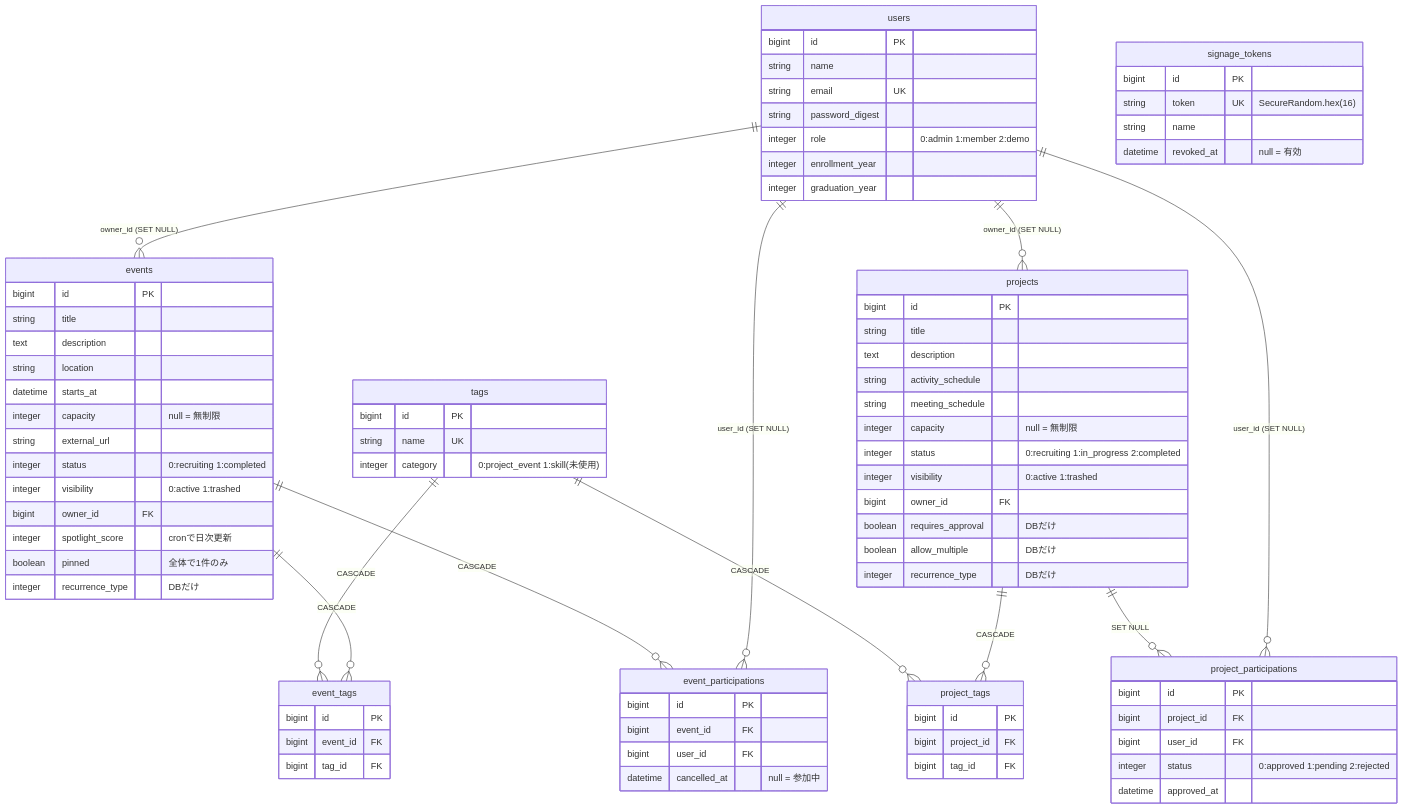
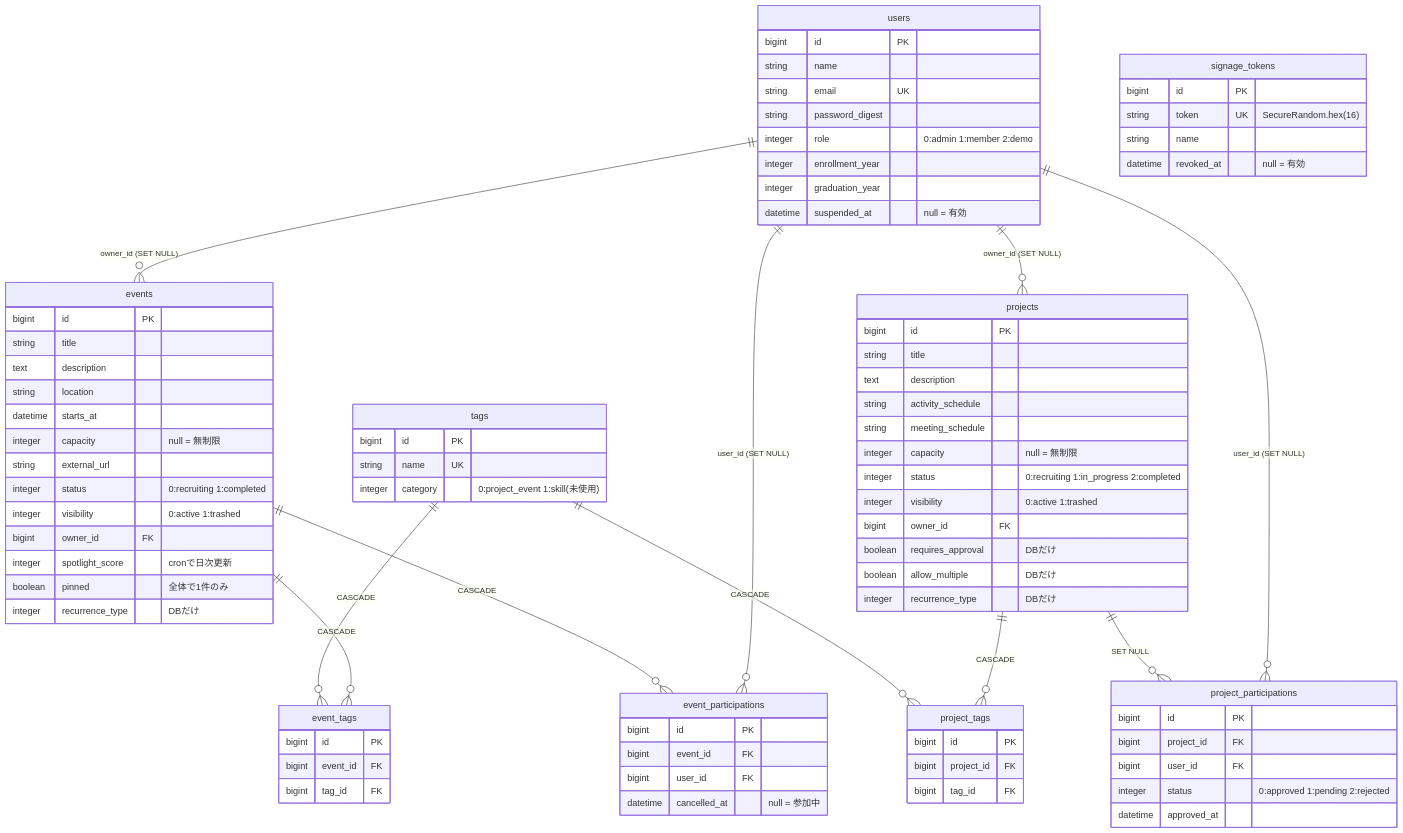
Before and after one commit to Rengemaru/CircleBoard: the diagram in docs/er.md, drawn with Mermaid. The commit also changed other lines of this file and 18 other files, not shown here.

```diff
--- a/docs/er.md
+++ b/docs/er.md
@@ -25,6 +25,7 @@
         integer role "0:admin 1:member 2:demo"
         integer enrollment_year
         integer graduation_year
+        datetime suspended_at "null = 有効"
     }
 
     events {
```
